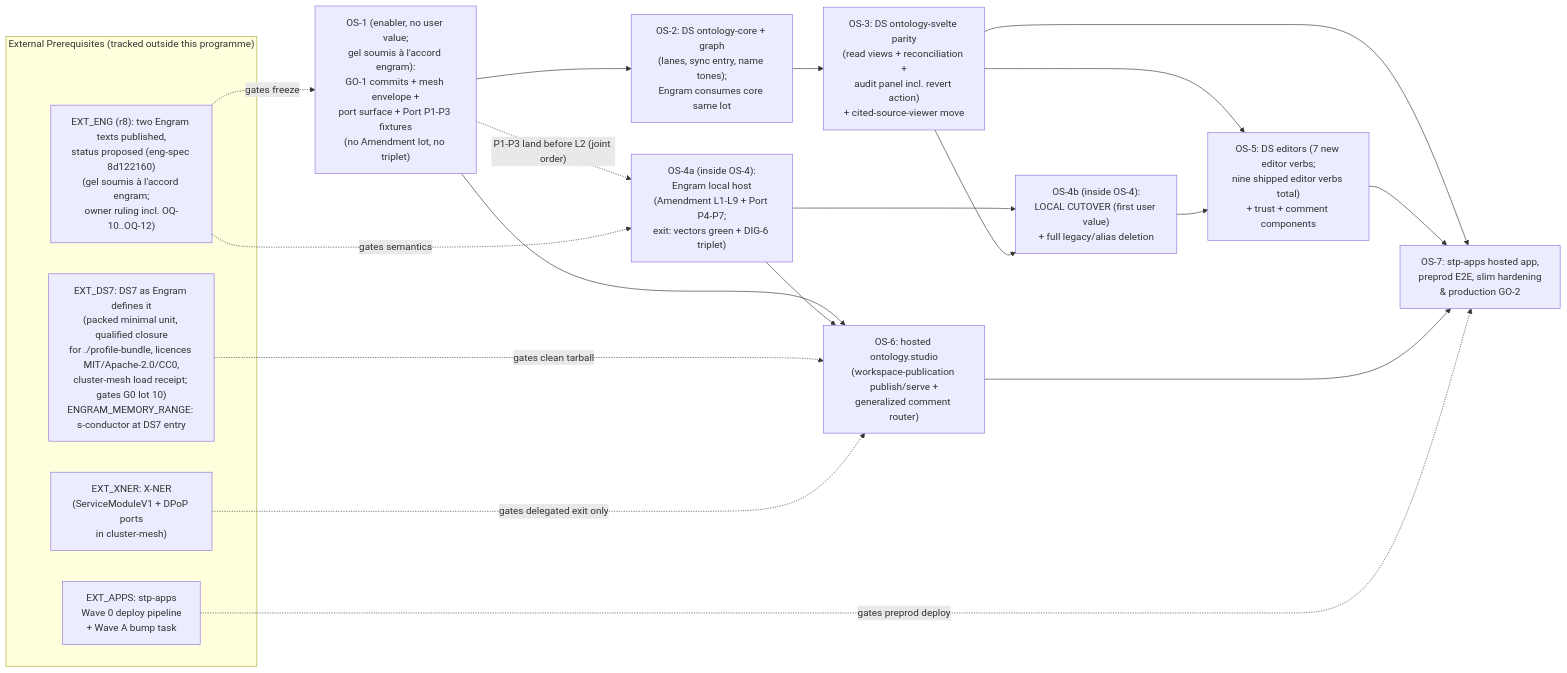
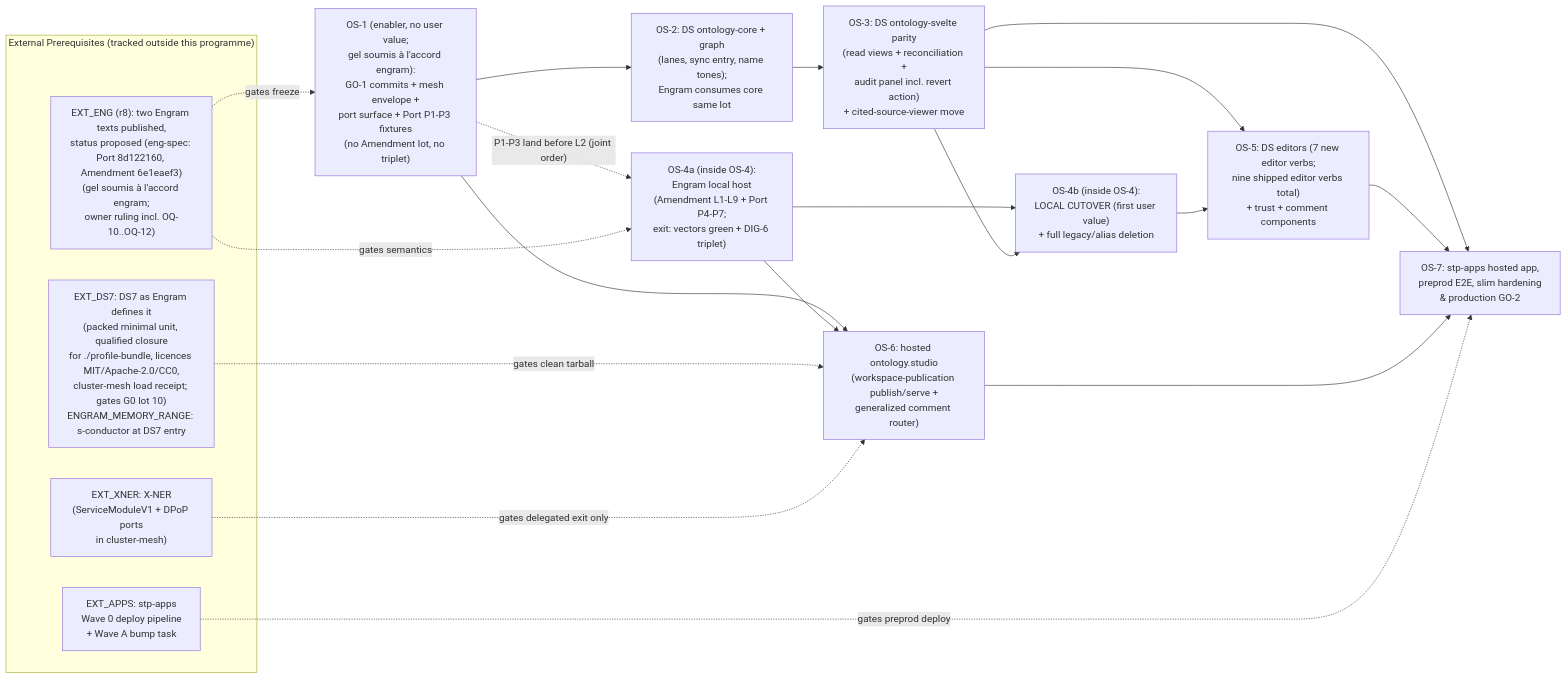
The second of 2 diagrams in spec/SPEC_EVOL_ONTOLOGY_STUDIO_SPLIT.md (rhanka/sentropic), drawn with Mermaid before and after one commit. The commit also changed other lines of this file, not shown here.

Commit message:
docs: update ontology studio split to r11 (engram final repricing, amendment v0.2.2)

````diff
--- a/spec/SPEC_EVOL_ONTOLOGY_STUDIO_SPLIT.md
+++ b/spec/SPEC_EVOL_ONTOLOGY_STUDIO_SPLIT.md
@@ -666,35 +666,35 @@
 ```mermaid
 flowchart LR
   subgraph EXT["External Prerequisites (tracked outside this programme)"]
     EXT_DS7["EXT_DS7: DS7 as Engram defines it\n(packed minimal unit, qualified closure\nfor ./profile-bundle, licences MIT/Apache-2.0/CC0,\ncluster-mesh load receipt; gates G0 lot 10)\nENGRAM_MEMORY_RANGE: s-conductor at DS7 entry"]
-    EXT_ENG["EXT_ENG (r8): two Engram texts published,\nstatus proposed (eng-spec 8d122160)\n(gel soumis à l'accord engram;\nowner ruling incl. OQ-10..OQ-12)"]
+    EXT_ENG["EXT_ENG (r8): two Engram texts published,\nstatus proposed (eng-spec: Port 8d122160, Amendment 6e1eaef3)\n(gel soumis à l'accord engram;\nowner ruling incl. OQ-10..OQ-12)"]
     EXT_XNER["EXT_XNER: X-NER\n(ServiceModuleV1 + DPoP ports\nin cluster-mesh)"]
     EXT_APPS["EXT_APPS: stp-apps\nWave 0 deploy pipeline\n+ Wave A bump task"]
   end
 
   OS1["OS-1 (enabler, no user value;\ngel soumis à l'accord engram):\nGO-1 commits + mesh envelope +\nport surface + Port P1-P3 fixtures\n(no Amendment lot, no triplet)"]
   OS2["OS-2: DS ontology-core + graph\n(lanes, sync entry, name tones);\nEngram consumes core same lot"]
   OS3["OS-3: DS ontology-svelte parity\n(read views + reconciliation +\naudit panel incl. revert action)\n+ cited-source-viewer move"]
   OS4A["OS-4a (inside OS-4):\nEngram local host\n(Amendment L1-L9 + Port P4-P7;\nexit: vectors green + DIG-6 triplet)"]
   OS4B["OS-4b (inside OS-4):\nLOCAL CUTOVER (first user value)\n+ full legacy/alias deletion"]
   OS5["OS-5: DS editors (7 new editor verbs;\nnine shipped editor verbs total)\n+ trust + comment components"]
   OS6["OS-6: hosted ontology.studio\n(workspace-publication publish/serve +\ngeneralized comment router)"]
   OS7["OS-7: stp-apps hosted app,\npreprod E2E, slim hardening\n& production GO-2"]
 
   OS1 --> OS2 --> OS3
   OS1 -. P1-P3 land before L2 (joint order) .-> OS4A
   OS4A --> OS4B
   OS3 --> OS4B
   OS3 --> OS5
   OS4B --> OS5
   OS1 --> OS6
   OS4A --> OS6
   EXT_ENG -. gates freeze .-> OS1
   EXT_ENG -. gates semantics .-> OS4A
   EXT_DS7 -. gates clean tarball .-> OS6
   EXT_XNER -. gates delegated exit only .-> OS6
   OS3 --> OS7
   OS5 --> OS7
   OS6 --> OS7
   EXT_APPS -. gates preprod deploy .-> OS7
 ```
````
